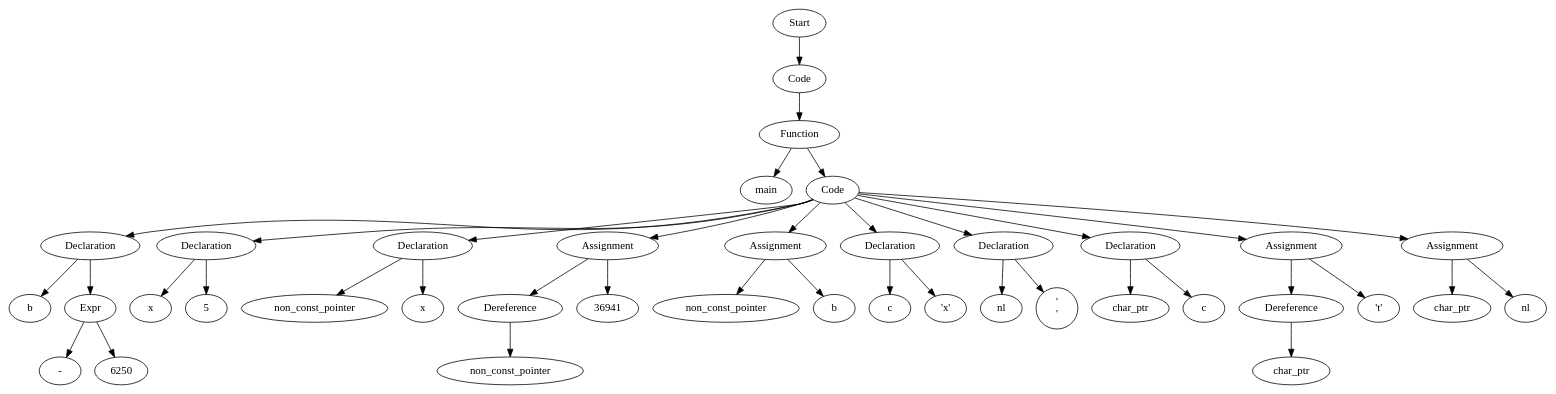
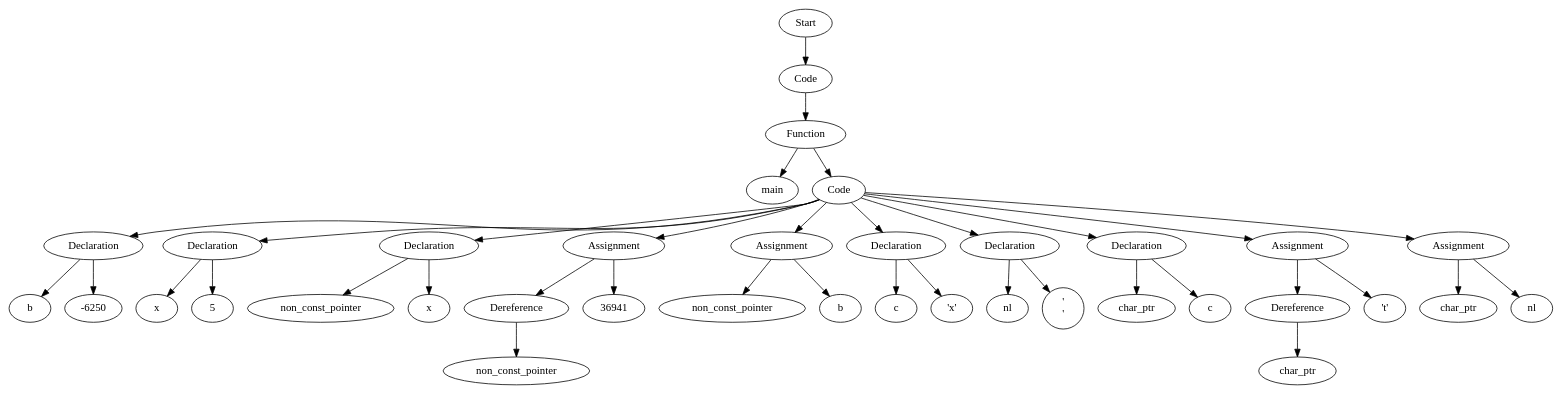
One commit to Are-you-listening/Compilers changed the diagram in testfiles/basic_tests_123/proj2_man_pass_pointerReassignmentASTVisual.dot. Above: the diagram before and after it, drawn with Graphviz. The commit also changed 22 other files, not shown here.

```diff
--- a/testfiles/basic_tests_123/proj2_man_pass_pointerReassignmentASTVisual.dot
+++ b/testfiles/basic_tests_123/proj2_man_pass_pointerReassignmentASTVisual.dot
@@ -1,79 +1,75 @@
 digraph AST {
-  "135097155684528" [label="Start"];
-  "135097155684528" -> "135097155685008";
-  "135097155685008" [label="Code"];
-  "135097155685008" -> "135097155683088";
-  "135097155683088" [label="Function"];
-  "135097155683088" -> "135097155684096";
-  "135097155683088" -> "135097155683328";
-  "135097155684096" [label="main"];
-  "135097155683328" [label="Code"];
-  "135097155683328" -> "135097155686016";
-  "135097155683328" -> "135097155687312";
-  "135097155683328" -> "135097155688320";
-  "135097155683328" -> "135097155689280";
-  "135097155683328" -> "135097155690000";
-  "135097155683328" -> "135097155690528";
-  "135097155683328" -> "135097155691488";
-  "135097155683328" -> "135097155692304";
-  "135097155683328" -> "135097155693264";
-  "135097155683328" -> "135097155693984";
-  "135097155686016" [label="Declaration"];
-  "135097155686016" -> "135097155686832";
-  "135097155686016" -> "135097155687168";
-  "135097155686832" [label="b"];
-  "135097155687168" [label="Expr"];
-  "135097155687168" -> "135097155687264";
-  "135097155687168" -> "135097155687600";
-  "135097155687264" [label="-"];
-  "135097155687600" [label="6250"];
-  "135097155687312" [label="Declaration"];
-  "135097155687312" -> "135097155687888";
-  "135097155687312" -> "135097155688416";
-  "135097155687888" [label="x"];
-  "135097155688416" [label="5"];
-  "135097155688320" [label="Declaration"];
-  "135097155688320" -> "135097155688752";
-  "135097155688320" -> "135097155689568";
-  "135097155688752" [label="non_const_pointer"];
-  "135097155689568" [label="x"];
-  "135097155689280" [label="Assignment"];
-  "135097155689280" -> "135097155688224";
-  "135097155689280" -> "135097155690096";
-  "135097155688224" [label="Dereference"];
-  "135097155688224" -> "135097155689760";
-  "135097155689760" [label="non_const_pointer"];
-  "135097155690096" [label="36941"];
-  "135097155690000" [label="Assignment"];
-  "135097155690000" -> "135097155690240";
-  "135097155690000" -> "135097155690816";
-  "135097155690240" [label="non_const_pointer"];
-  "135097155690816" [label="b"];
-  "135097155690528" [label="Declaration"];
-  "135097155690528" -> "135097155691104";
-  "135097155690528" -> "135097155691584";
-  "135097155691104" [label="c"];
-  "135097155691584" [label="'x'"];
-  "135097155691488" [label="Declaration"];
-  "135097155691488" -> "135097155691920";
-  "135097155691488" -> "135097155692400";
-  "135097155691920" [label="nl"];
-  "135097155692400" [label="'\n'"];
-  "135097155692304" [label="Declaration"];
-  "135097155692304" -> "135097155692736";
-  "135097155692304" -> "135097155693552";
-  "135097155692736" [label="char_ptr"];
-  "135097155693552" [label="c"];
-  "135097155693264" [label="Assignment"];
-  "135097155693264" -> "135097155686256";
-  "135097155693264" -> "135097155694080";
-  "135097155686256" [label="Dereference"];
-  "135097155686256" -> "135097155693744";
-  "135097155693744" [label="char_ptr"];
-  "135097155694080" [label="'\t'"];
-  "135097155693984" [label="Assignment"];
-  "135097155693984" -> "135097155694224";
-  "135097155693984" -> "135097155694800";
-  "135097155694224" [label="char_ptr"];
-  "135097155694800" [label="nl"];
+  "123272017956864" [label="Start"];
+  "123272017956864" -> "123272017953984";
+  "123272017953984" [label="Code"];
+  "123272017953984" -> "123272017954128";
+  "123272017954128" [label="Function"];
+  "123272017954128" -> "123272017955088";
+  "123272017954128" -> "123272017953024";
+  "123272017955088" [label="main"];
+  "123272017953024" [label="Code"];
+  "123272017953024" -> "123272017956912";
+  "123272017953024" -> "123272017958160";
+  "123272017953024" -> "123272017959168";
+  "123272017953024" -> "123272017960128";
+  "123272017953024" -> "123272017960848";
+  "123272017953024" -> "123272017961376";
+  "123272017953024" -> "123272017962336";
+  "123272017953024" -> "123272017963152";
+  "123272017953024" -> "123272017964112";
+  "123272017953024" -> "123272017964832";
+  "123272017956912" [label="Declaration"];
+  "123272017956912" -> "123272017957680";
+  "123272017956912" -> "123272017964976";
+  "123272017957680" [label="b"];
+  "123272017964976" [label="-6250"];
+  "123272017958160" [label="Declaration"];
+  "123272017958160" -> "123272017958736";
+  "123272017958160" -> "123272017959264";
+  "123272017958736" [label="x"];
+  "123272017959264" [label="5"];
+  "123272017959168" [label="Declaration"];
+  "123272017959168" -> "123272017959600";
+  "123272017959168" -> "123272017960416";
+  "123272017959600" [label="non_const_pointer"];
+  "123272017960416" [label="x"];
+  "123272017960128" [label="Assignment"];
+  "123272017960128" -> "123272017958592";
+  "123272017960128" -> "123272017960944";
+  "123272017958592" [label="Dereference"];
+  "123272017958592" -> "123272017960608";
+  "123272017960608" [label="non_const_pointer"];
+  "123272017960944" [label="36941"];
+  "123272017960848" [label="Assignment"];
+  "123272017960848" -> "123272017961088";
+  "123272017960848" -> "123272017961664";
+  "123272017961088" [label="non_const_pointer"];
+  "123272017961664" [label="b"];
+  "123272017961376" [label="Declaration"];
+  "123272017961376" -> "123272017961952";
+  "123272017961376" -> "123272017962432";
+  "123272017961952" [label="c"];
+  "123272017962432" [label="'x'"];
+  "123272017962336" [label="Declaration"];
+  "123272017962336" -> "123272017962768";
+  "123272017962336" -> "123272017963248";
+  "123272017962768" [label="nl"];
+  "123272017963248" [label="'\n'"];
+  "123272017963152" [label="Declaration"];
+  "123272017963152" -> "123272017963584";
+  "123272017963152" -> "123272017964400";
+  "123272017963584" [label="char_ptr"];
+  "123272017964400" [label="c"];
+  "123272017964112" [label="Assignment"];
+  "123272017964112" -> "123272017956816";
+  "123272017964112" -> "123272017964928";
+  "123272017956816" [label="Dereference"];
+  "123272017956816" -> "123272017964592";
+  "123272017964592" [label="char_ptr"];
+  "123272017964928" [label="'\t'"];
+  "123272017964832" [label="Assignment"];
+  "123272017964832" -> "123272017965072";
+  "123272017964832" -> "123272017965648";
+  "123272017965072" [label="char_ptr"];
+  "123272017965648" [label="nl"];
 }
```
